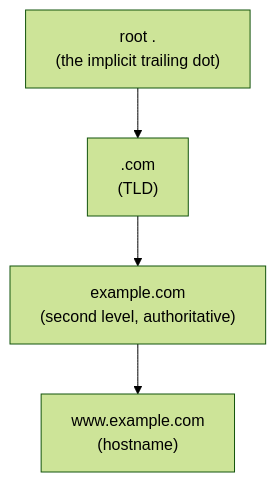
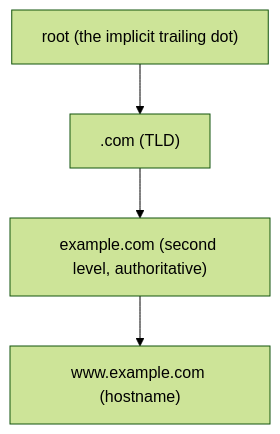
Before and after one commit to apolzek/apolzek.github.io: the sixth of 9 diagrams in _posts/2026-05-29-the-networking-refresher.md, drawn with Mermaid (forest theme). The commit also changed other lines of this file, not shown here.

First line of the commit message:
fix: make Mermaid diagrams render on the theme

````diff
--- a/_posts/2026-05-29-the-networking-refresher.md
+++ b/_posts/2026-05-29-the-networking-refresher.md
@@ -645,8 +648,8 @@
 ```mermaid
 flowchart TD
-  root["root .<br/>(the implicit trailing dot)"]
-  com[".com<br/>(TLD)"]
-  example["example.com<br/>(second level, authoritative)"]
-  www["www.example.com<br/>(hostname)"]
+  root["root (the implicit trailing dot)"]
+  com[".com (TLD)"]
+  example["example.com (second level, authoritative)"]
+  www["www.example.com (hostname)"]
   root --> com --> example --> www
 ```
````
